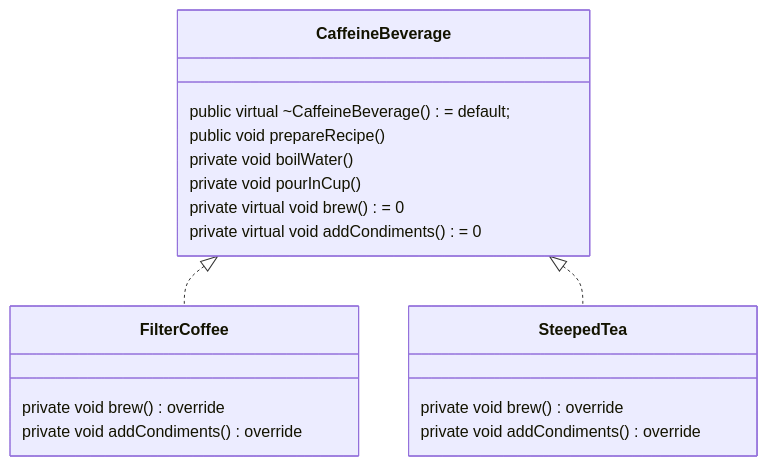
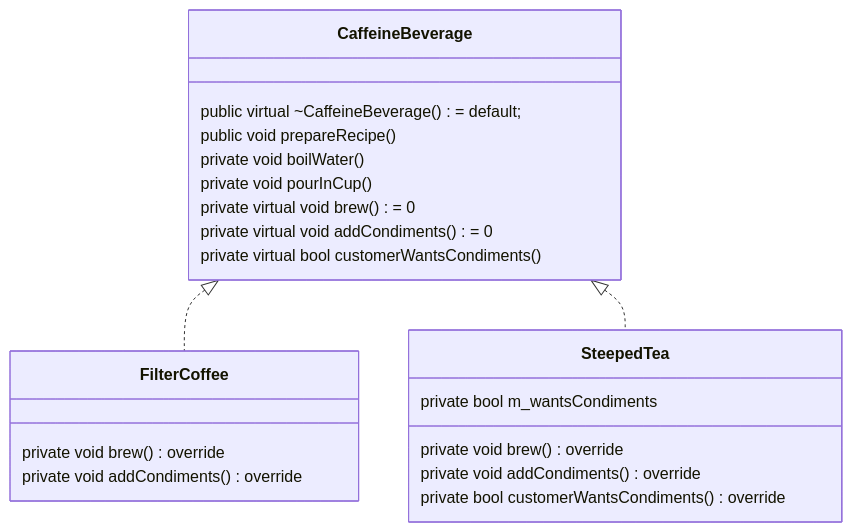
Before and after one commit to rngoodner/design-patterns: the ninth of 13 diagrams in README.md, drawn with Mermaid. The commit also changed other lines of this file, not shown here.

Commit message:
update template-method README to document customerWantsCondiments hook

````diff
--- a/README.md
+++ b/README.md
@@ -716,25 +716,28 @@
 ```mermaid
 classDiagram
 
 class CaffeineBeverage {
     public virtual ~CaffeineBeverage() = default;
     public void prepareRecipe()
     private void boilWater()
     private void pourInCup()
     private virtual void brew() = 0
     private virtual void addCondiments() = 0
+    private virtual bool customerWantsCondiments()
 }
 
 class FilterCoffee {
     private void brew() override
     private void addCondiments() override
 }
 
 class SteepedTea {
+    private bool m_wantsCondiments
     private void brew() override
     private void addCondiments() override
+    private bool customerWantsCondiments() override
 }
 
 CaffeineBeverage <|.. FilterCoffee
 CaffeineBeverage <|.. SteepedTea
 ```
````
